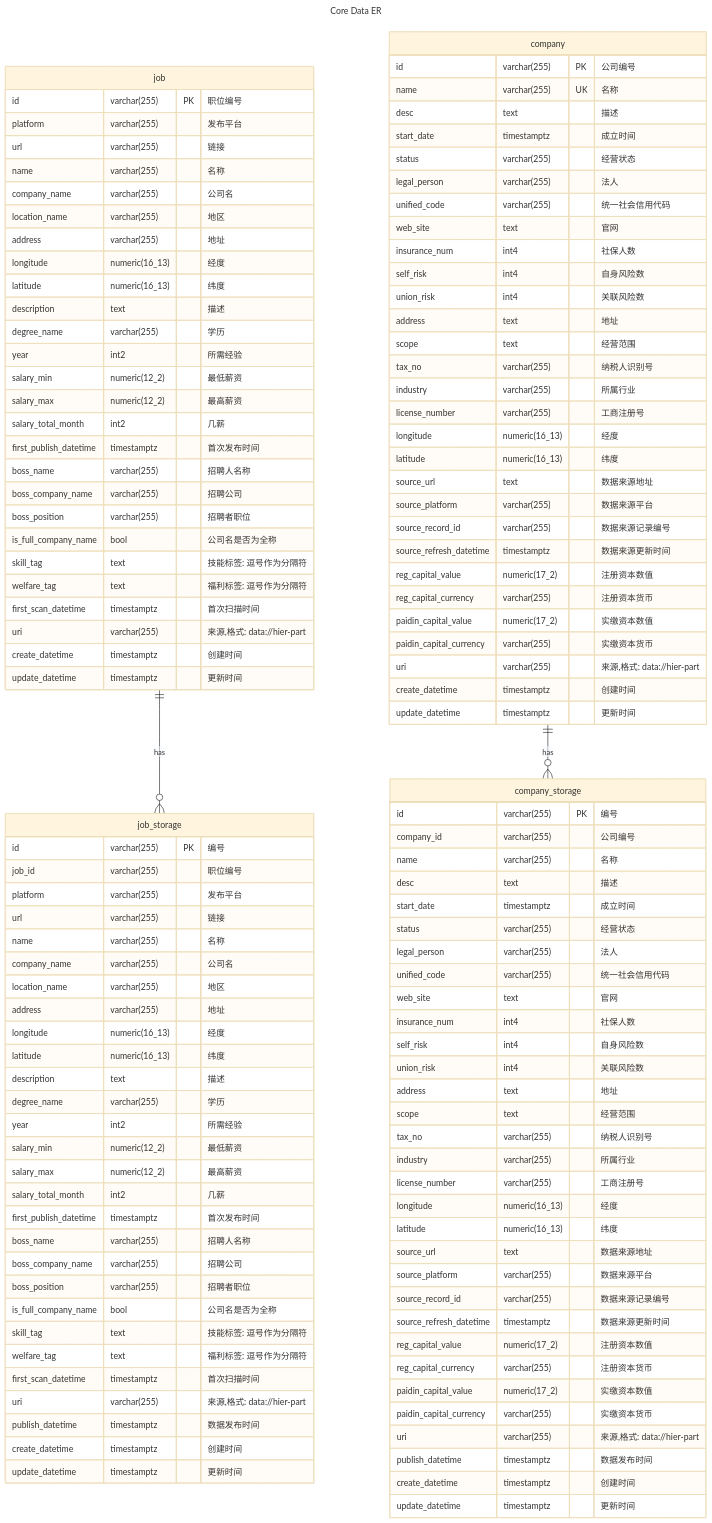
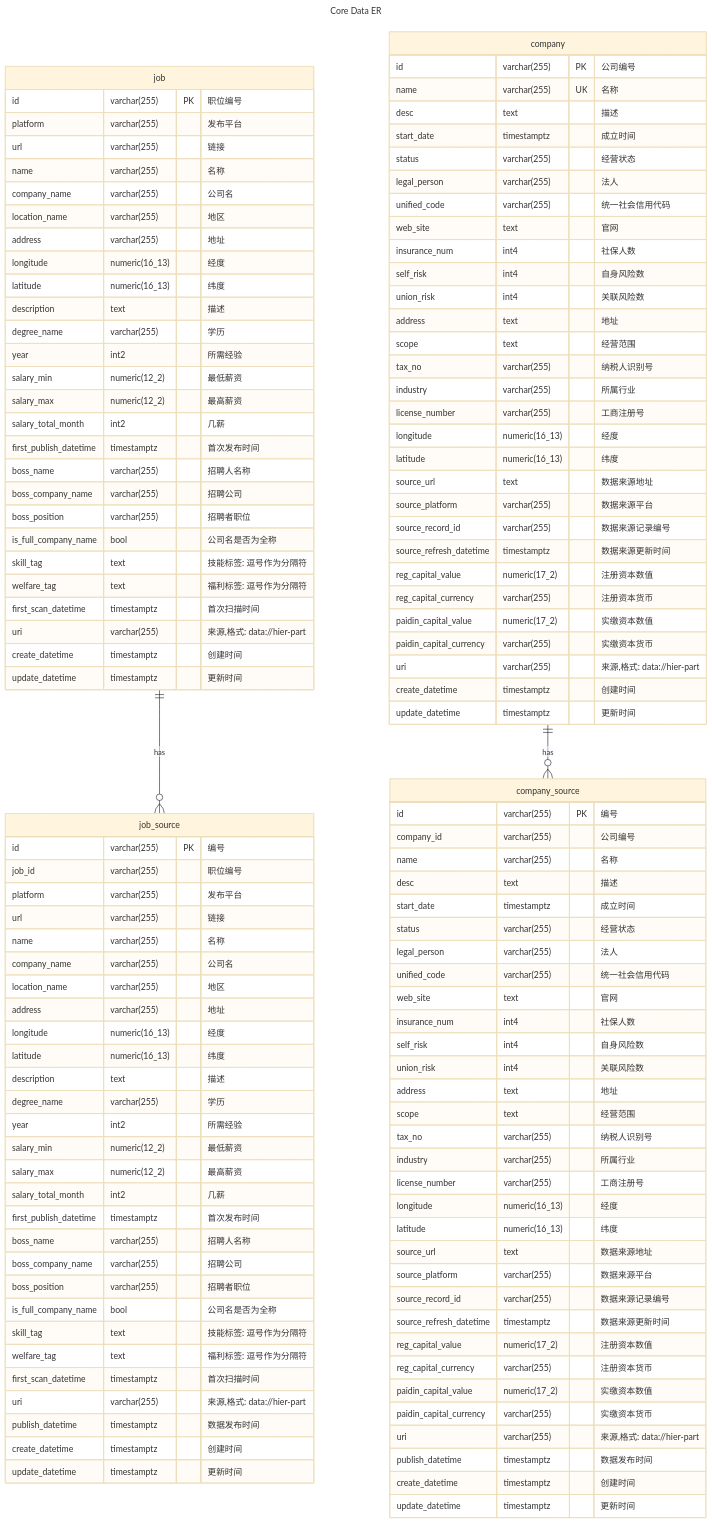
The first of 4 diagrams in docs/src/development/server/core_logic_flow.md (lastsunday/job-hunting), drawn with Mermaid (base theme) before and after one commit. The commit also changed other lines of this file, not shown here.

Commit message:
docs(server): change *_storage to *_source,add some schema index wip

```diff
--- a/docs/src/development/server/core_logic_flow.md
+++ b/docs/src/development/server/core_logic_flow.md
@@ -22,7 +22,7 @@
 title: Core Data ER
 ---
 erDiagram
-    job_storage{
+    job_source{
       id varchar(255) PK "编号"
       job_id varchar(255) "职位编号"
       platform varchar(255) "发布平台"
@@ -52,7 +52,7 @@
       create_datetime timestamptz "创建时间"
       update_datetime timestamptz "更新时间"
     }
-    company_storage{
+    company_source{
       id varchar(255) PK "编号"
       company_id varchar(255) "公司编号"
       name varchar(255) "名称"
@@ -85,7 +85,7 @@
       create_datetime timestamptz "创建时间"
       update_datetime timestamptz "更新时间"
     }
-    job ||--o{ job_storage: has
+    job ||--o{ job_source: has
     job {
       id varchar(255) PK "职位编号"
       platform varchar(255) "发布平台"
@@ -114,7 +114,7 @@
       create_datetime timestamptz "创建时间"
       update_datetime timestamptz "更新时间"
     }
-    company ||--o{ company_storage: has
+    company ||--o{ company_source: has
     company{
       id varchar(255) PK "公司编号"
       name varchar(255) UK "名称"
```
